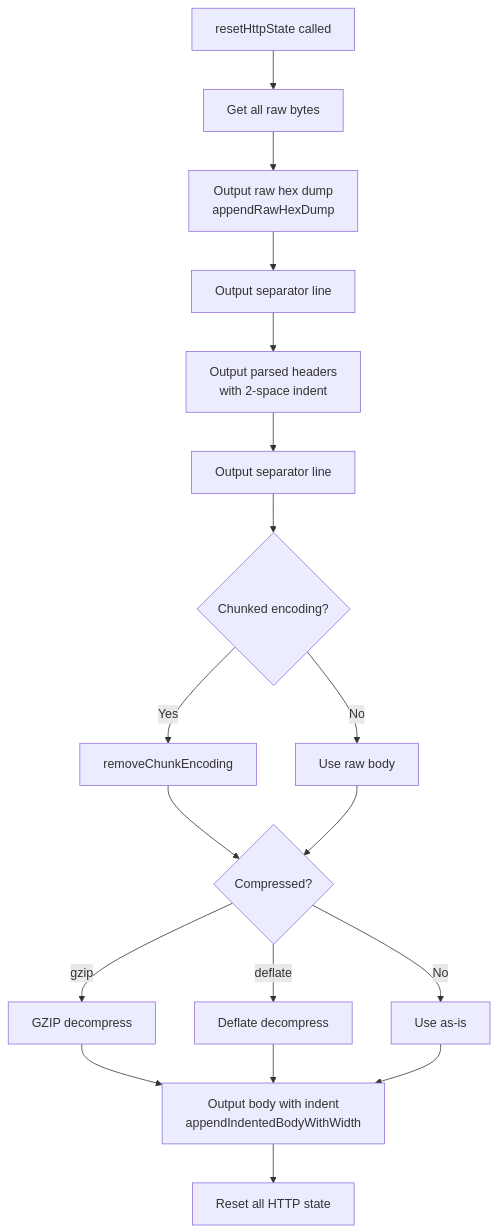
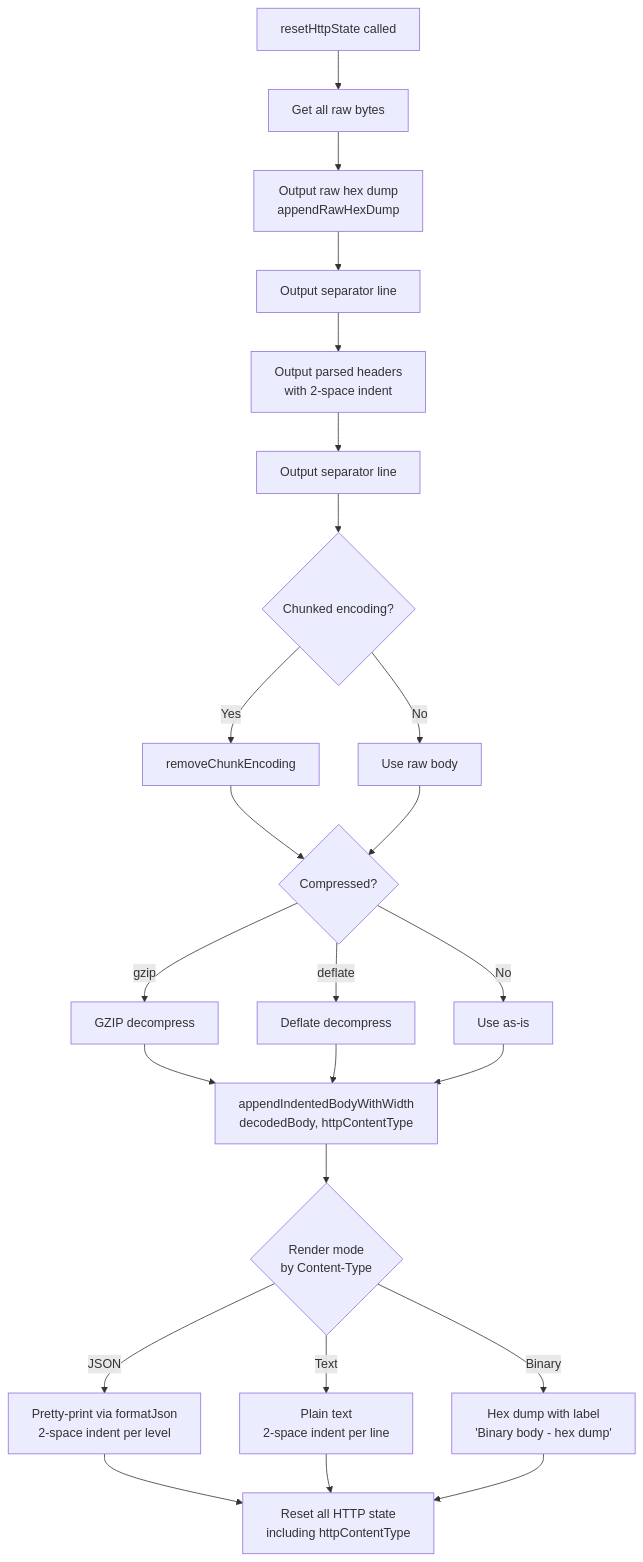
Diagram 18 of 19 in src/at/test/forwarder/Architecture.md (Warpguru/JavaForwarder), drawn with Mermaid before and after one commit. The commit also changed other lines of this file, not shown here.

````diff
--- a/src/at/test/forwarder/Architecture.md
+++ b/src/at/test/forwarder/Architecture.md
@@ -608,20 +630,27 @@
 ```mermaid
 flowchart TD
     A[resetHttpState called] --> B[Get all raw bytes]
     B --> C[Output raw hex dump<br/>appendRawHexDump]
     C --> D[Output separator line]
     D --> E[Output parsed headers<br/>with 2-space indent]
     E --> F[Output separator line]
     F --> G{Chunked encoding?}
     G -->|Yes| H[removeChunkEncoding]
     G -->|No| I[Use raw body]
     H --> J{Compressed?}
     I --> J
     J -->|gzip| K[GZIP decompress]
     J -->|deflate| L[Deflate decompress]
     J -->|No| M[Use as-is]
-    K --> N[Output body with indent<br/>appendIndentedBodyWithWidth]
+    K --> N[appendIndentedBodyWithWidth<br/>decodedBody, httpContentType]
     L --> N
     M --> N
-    N --> O[Reset all HTTP state]
+    N --> N1{Render mode<br/>by Content-Type}
+    N1 -->|JSON| N2[Pretty-print via formatJson<br/>2-space indent per level]
+    N1 -->|Text| N3[Plain text<br/>2-space indent per line]
+    N1 -->|Binary| N4[Hex dump with label<br/>'Binary body - hex dump']
+    N2 --> O
+    N3 --> O
+    N4 --> O
+    O[Reset all HTTP state<br/>including httpContentType]
 ```
````
